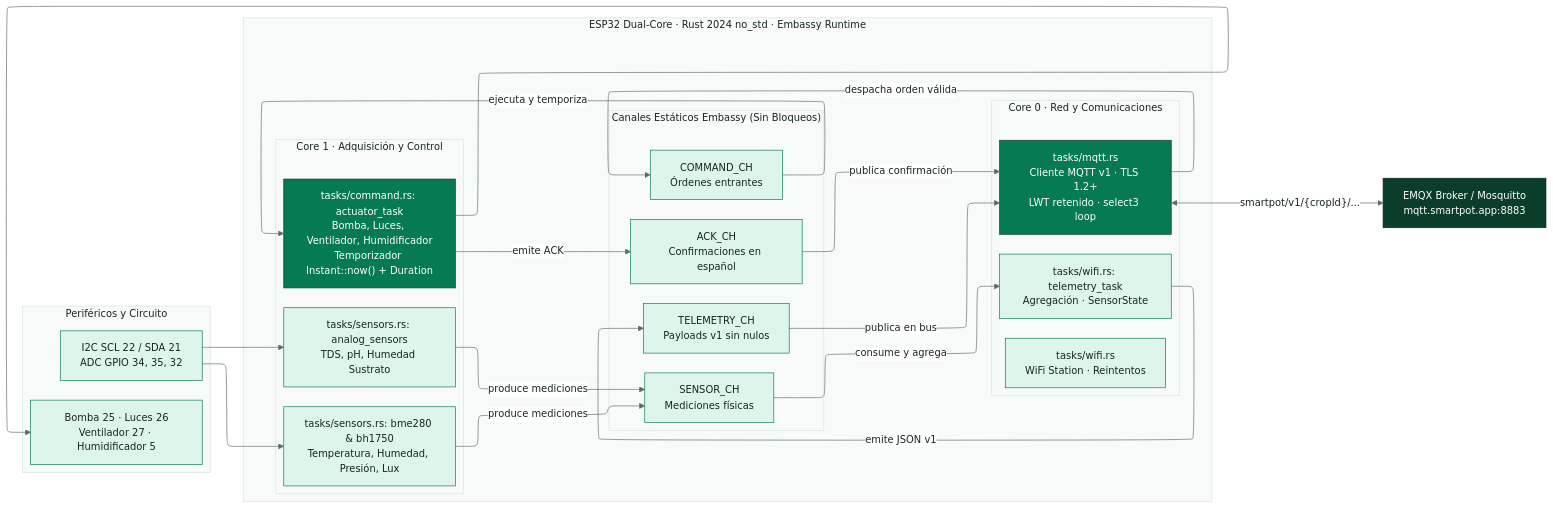
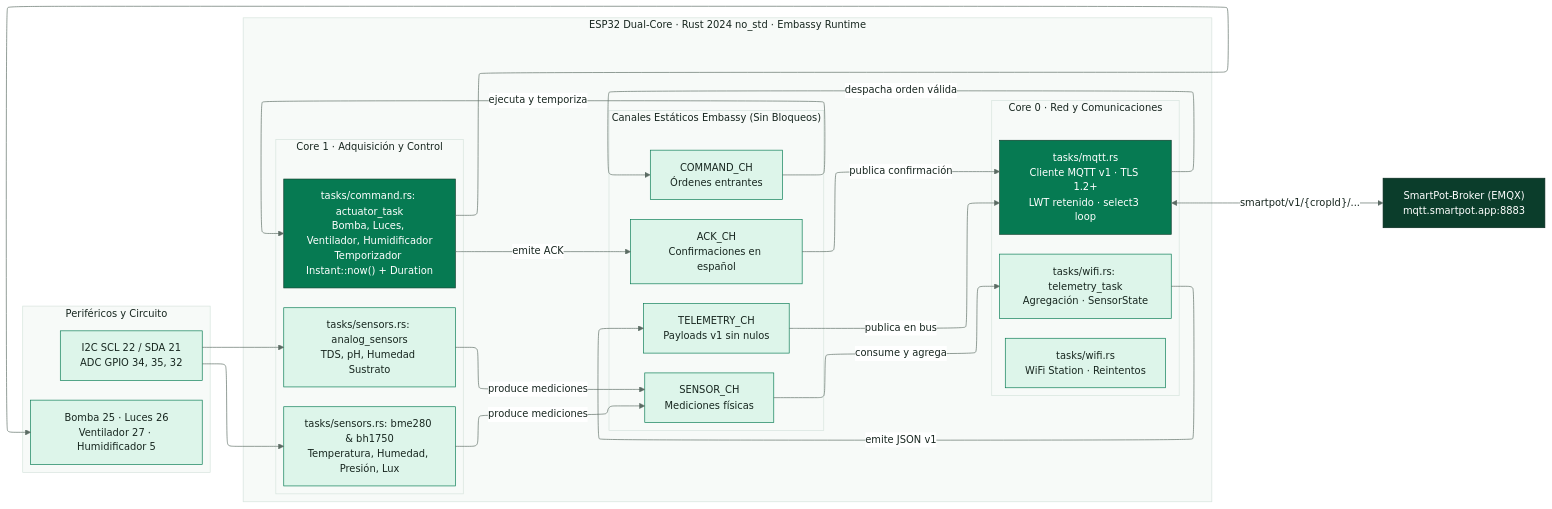
The diagram in docs/diagrams/SmartPot_IoT_Rust_Global_Component.mmd (SmartPotTech/SmartPot-IoT), drawn with Mermaid before and after one commit. The commit also changed 2 other files, not shown here.

Commit message:
Update documentation and diagrams to reflect production architecture [skip deploy] #no-deploy

```diff
--- a/docs/diagrams/SmartPot_IoT_Rust_Global_Component.mmd
+++ b/docs/diagrams/SmartPot_IoT_Rust_Global_Component.mmd
@@ -1,58 +1,58 @@
 %%{init: {"theme": "base", "fontFamily": "Segoe UI, Arial, sans-serif", "themeVariables": {"fontFamily": "Segoe UI, Arial, sans-serif", "fontSize": "15px", "primaryColor": "#DDF5EA", "primaryTextColor": "#17261F", "primaryBorderColor": "#067A52", "secondaryColor": "#E3F2FB", "secondaryTextColor": "#17261F", "secondaryBorderColor": "#1F6FA0", "tertiaryColor": "#F2F7F4", "tertiaryTextColor": "#17261F", "tertiaryBorderColor": "#D5E3DC", "lineColor": "#5B6B63", "textColor": "#17261F", "mainBkg": "#DDF5EA", "nodeBorder": "#067A52", "clusterBkg": "#F7FAF8", "clusterBorder": "#D5E3DC", "edgeLabelBackground": "#FFFFFF", "actorBkg": "#067A52", "actorBorder": "#0B3D2B", "actorTextColor": "#FFFFFF", "actorLineColor": "#5B6B63", "signalColor": "#17261F", "signalTextColor": "#17261F", "labelBoxBkgColor": "#0B3D2B", "labelBoxBorderColor": "#0B3D2B", "labelTextColor": "#FFFFFF", "loopTextColor": "#0B3D2B", "noteBkgColor": "#FDF4DD", "noteBorderColor": "#C98D12", "noteTextColor": "#17261F", "activationBkgColor": "#DDF5EA", "activationBorderColor": "#067A52", "attributeBackgroundColorOdd": "#FFFFFF", "attributeBackgroundColorEven": "#F2F7F4"}, "layout": "elk", "elk": {"nodePlacementStrategy": "BRANDES_KOEPF", "mergeEdges": false, "cycleBreakingStrategy": "GREEDY"}}}%%
 flowchart LR
   subgraph esp["ESP32 Dual-Core · Rust 2024 no_std · Embassy Runtime"]
     direction TB
     subgraph core0["Core 0 · Red y Comunicaciones"]
       direction TB
       wifi["tasks/wifi.rs<br/>WiFi Station · Reintentos"]
       mqtt["tasks/mqtt.rs<br/>Cliente MQTT v1 · TLS 1.2+<br/>LWT retenido · select3 loop"]
       telem["tasks/wifi.rs: telemetry_task<br/>Agregación · SensorState"]
     end
 
     subgraph core1["Core 1 · Adquisición y Control"]
       direction TB
       i2c["tasks/sensors.rs: bme280 & bh1750<br/>Temperatura, Humedad, Presión, Lux"]
       adc["tasks/sensors.rs: analog_sensors<br/>TDS, pH, Humedad Sustrato"]
       act["tasks/command.rs: actuator_task<br/>Bomba, Luces, Ventilador, Humidificador<br/>Temporizador Instant::now() + Duration"]
     end
 
     subgraph channels["Canales Estáticos Embassy (Sin Bloqueos)"]
       direction TB
       sch["SENSOR_CH<br/>Mediciones físicas"]
       cch["COMMAND_CH<br/>Órdenes entrantes"]
       ach["ACK_CH<br/>Confirmaciones en español"]
       tch["TELEMETRY_CH<br/>Payloads v1 sin nulos"]
     end
   end
 
   subgraph hw["Periféricos y Circuito"]
     direction TB
     sens["I2C SCL 22 / SDA 21<br/>ADC GPIO 34, 35, 32"]
     outs["Bomba 25 · Luces 26<br/>Ventilador 27 · Humidificador 5"]
   end
 
-  broker["EMQX Broker / Mosquitto<br/>mqtt.smartpot.app:8883"]
+  broker["SmartPot-Broker (EMQX)<br/>mqtt.smartpot.app:8883"]
 
   sens --> i2c & adc
   act --> outs
 
   i2c & adc -->|"produce mediciones"| sch
   sch -->|"consume y agrega"| telem
   telem -->|"emite JSON v1"| tch
   tch -->|"publica en bus"| mqtt
 
   mqtt <-->|"smartpot/v1/{cropId}/..."| broker
   mqtt -->|"despacha orden válida"| cch
   cch -->|"ejecuta y temporiza"| act
   act -->|"emite ACK"| ach
   ach -->|"publica confirmación"| mqtt
 
   classDef leaf fill:#DDF5EA,stroke:#067A52,color:#17261F
   classDef water fill:#E3F2FB,stroke:#1F6FA0,color:#17261F
   classDef sun fill:#FDF4DD,stroke:#C98D12,color:#17261F
   classDef clay fill:#FBE9E1,stroke:#B85A38,color:#17261F
   classDef core fill:#067A52,stroke:#0B3D2B,color:#FFFFFF
   classDef deep fill:#0B3D2B,stroke:#06281C,color:#FFFFFF
   classDef muted fill:#F2F7F4,stroke:#5B6B63,color:#17261F
   class mqtt,act core
   class broker deep
```
